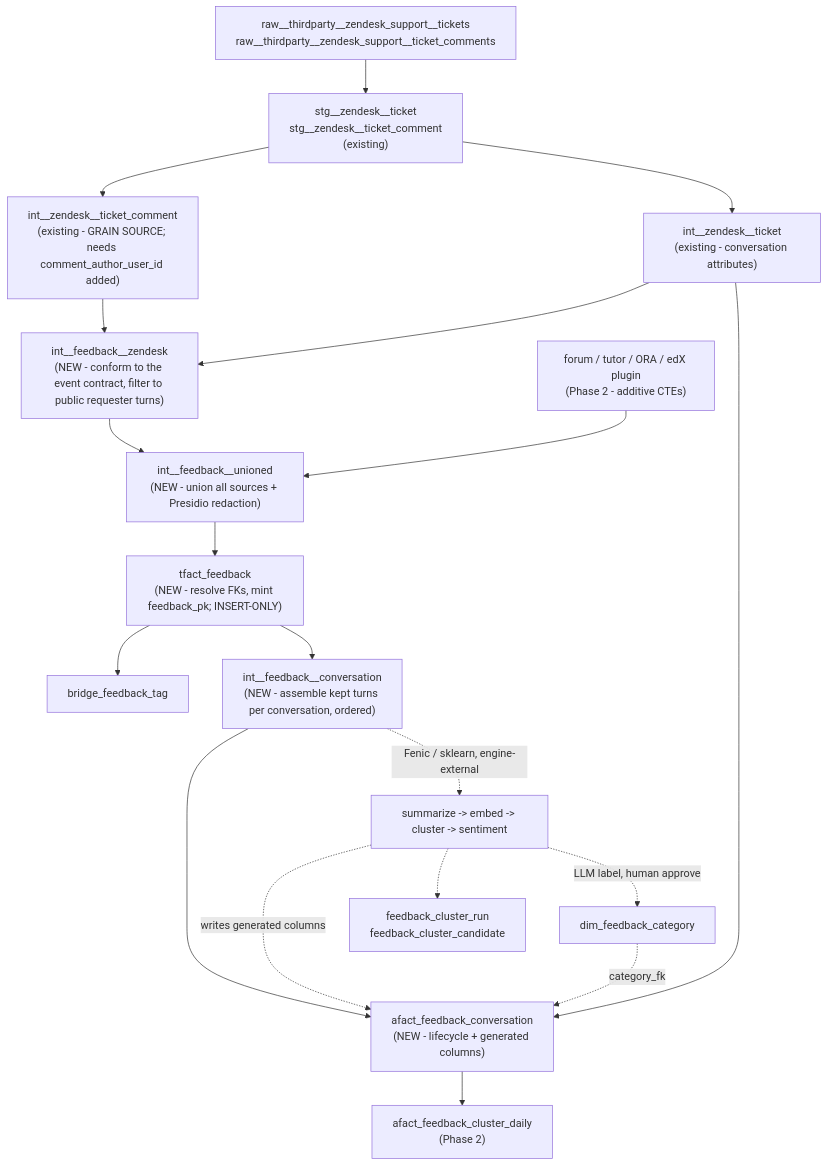
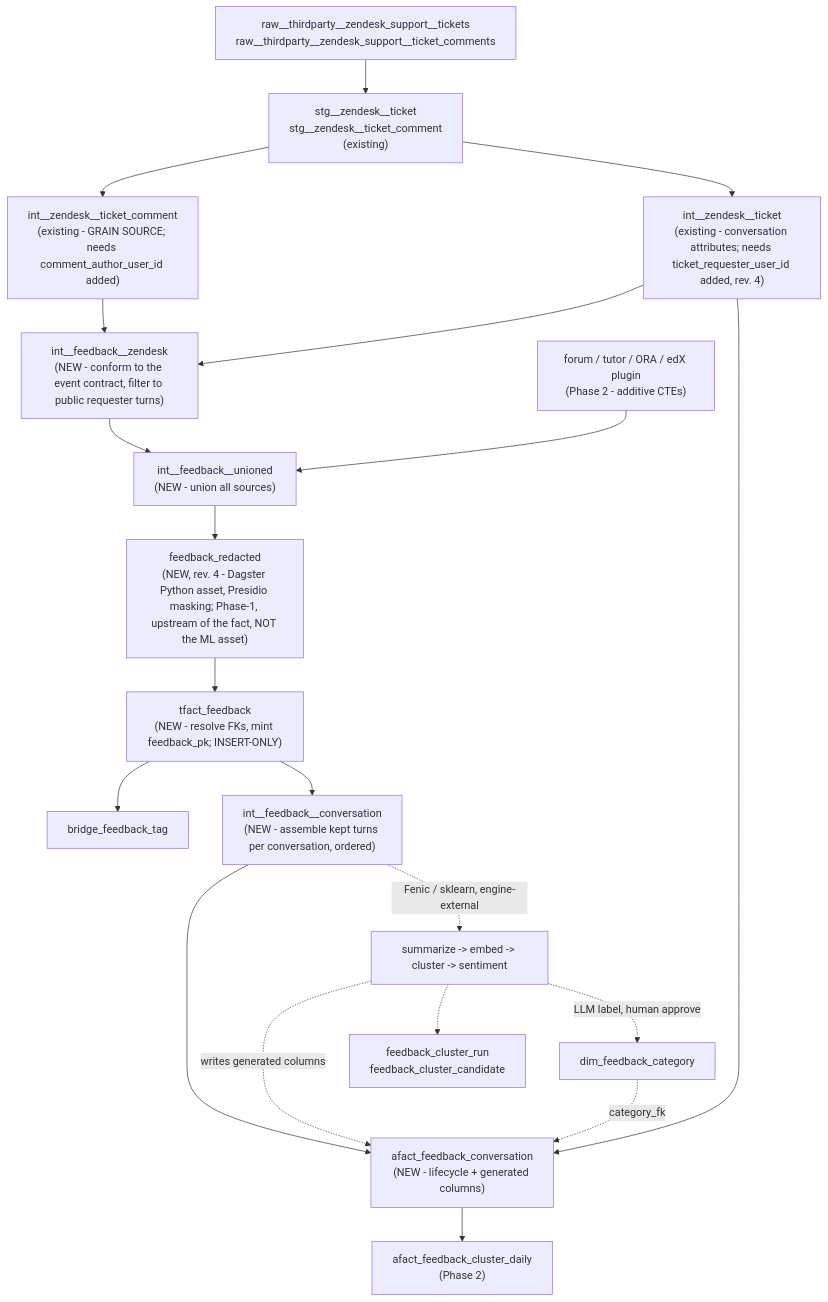
Before and after one commit to mitodl/ol-data-platform: the sixth of 6 diagrams in docs/design/feedback_erd.md, drawn with Mermaid. The commit also changed other lines of this file and 5 other files, not shown here.

First line of the commit message:
docs(feedback): fix 13 implementation-blocking gaps from #2422 review (rev. 4)

````diff
--- a/docs/design/feedback_erd.md
+++ b/docs/design/feedback_erd.md
@@ -412,21 +424,22 @@
 ```mermaid
 flowchart TD
     A["raw__thirdparty__zendesk_support__tickets<br/>raw__thirdparty__zendesk_support__ticket_comments"] --> B["stg__zendesk__ticket<br/>stg__zendesk__ticket_comment<br/>(existing)"]
     B --> C["int__zendesk__ticket_comment<br/>(existing - GRAIN SOURCE; needs comment_author_user_id added)"]
-    B --> C2["int__zendesk__ticket<br/>(existing - conversation attributes)"]
+    B --> C2["int__zendesk__ticket<br/>(existing - conversation attributes; needs ticket_requester_user_id added, rev. 4)"]
     C --> D["int__feedback__zendesk<br/>(NEW - conform to the event contract, filter to public requester turns)"]
     C2 --> D
-    D --> E["int__feedback__unioned<br/>(NEW - union all sources + Presidio redaction)"]
-    E --> F["tfact_feedback<br/>(NEW - resolve FKs, mint feedback_pk; INSERT-ONLY)"]
+    D --> E["int__feedback__unioned<br/>(NEW - union all sources)"]
+    E --> R["feedback_redacted<br/>(NEW, rev. 4 - Dagster Python asset, Presidio masking; Phase-1, upstream of the fact, NOT the ML asset)"]
+    R --> F["tfact_feedback<br/>(NEW - resolve FKs, mint feedback_pk; INSERT-ONLY)"]
     F --> G["bridge_feedback_tag"]
     F --> M["int__feedback__conversation<br/>(NEW - assemble kept turns per conversation, ordered)"]
     C2 --> H["afact_feedback_conversation<br/>(NEW - lifecycle + generated columns)"]
     M --> H
     M -.->|Fenic / sklearn, engine-external| N["summarize -> embed -> cluster -> sentiment"]
     N -.->|writes generated columns| H
     N -.-> J["feedback_cluster_run<br/>feedback_cluster_candidate"]
     N -.->|LLM label, human approve| K["dim_feedback_category"]
     K -.->|category_fk| H
     H --> I["afact_feedback_cluster_daily<br/>(Phase 2)"]
     L["forum / tutor / ORA / edX plugin<br/>(Phase 2 - additive CTEs)"] --> E
 ```
````
